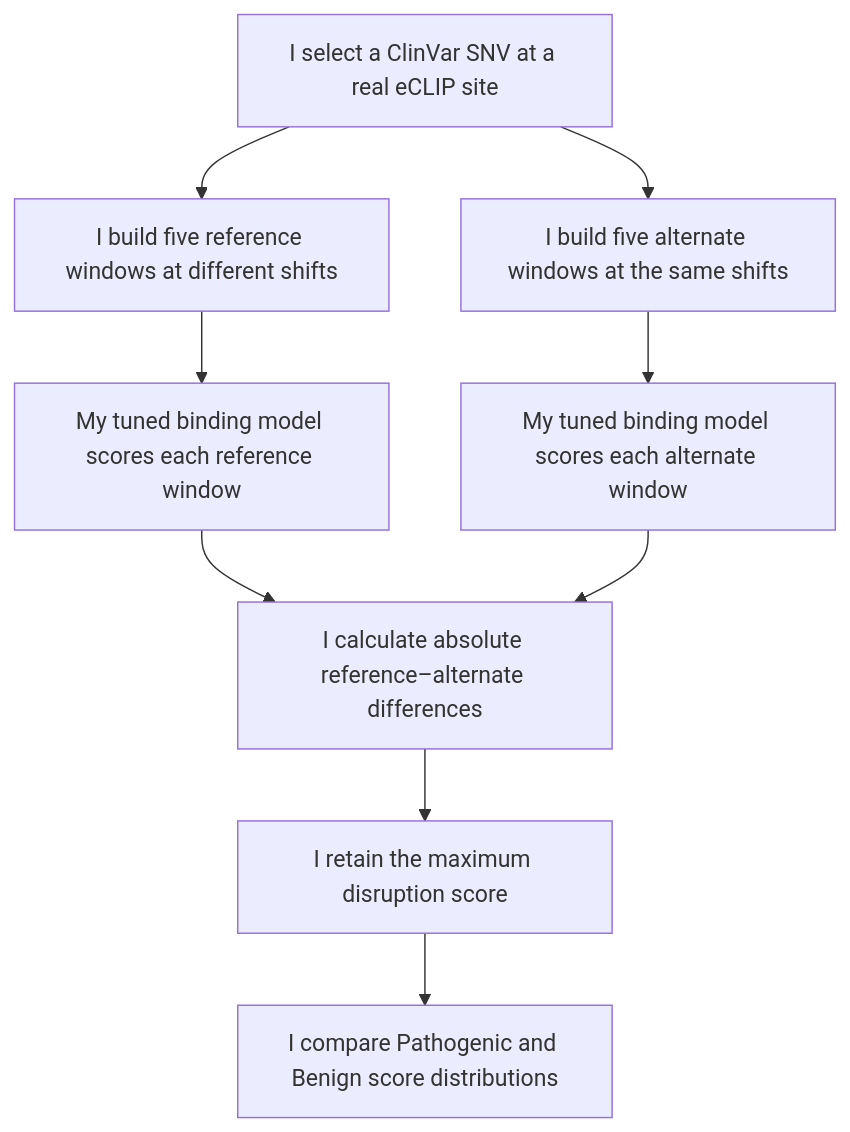
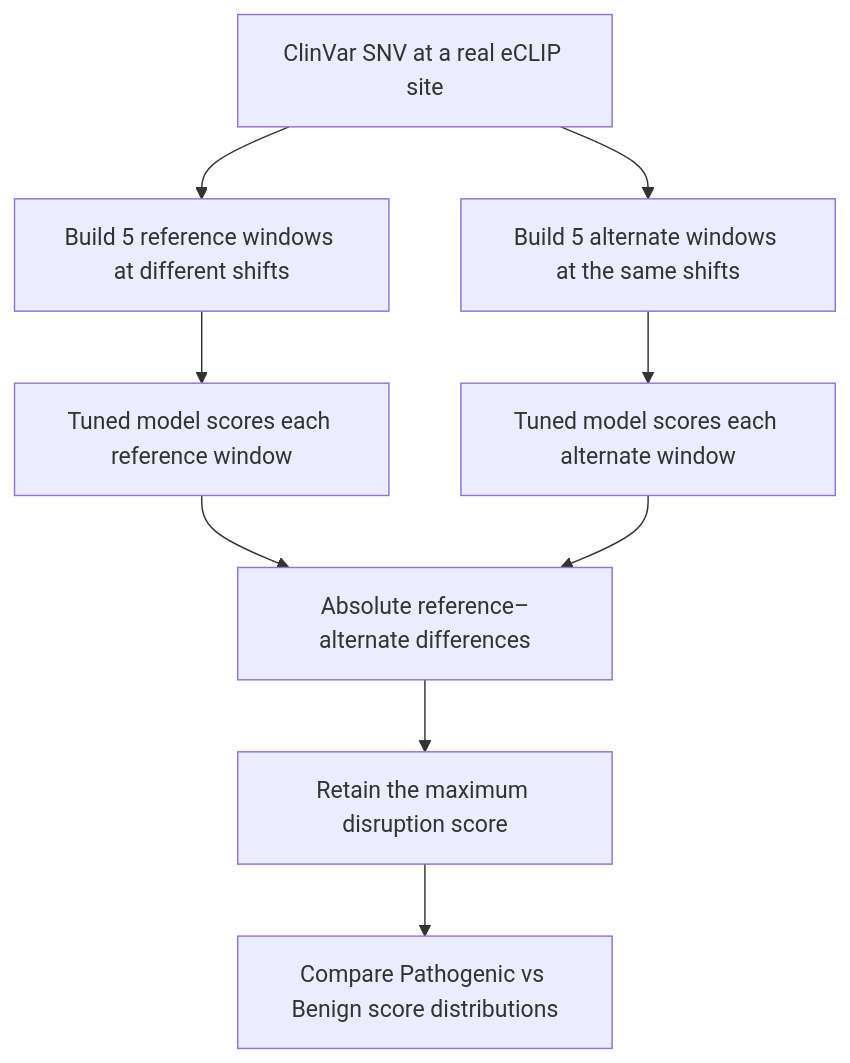
Diagram 12 of 25 in README.md (NirmalKumar31/rbp-binding), drawn with Mermaid before and after one commit. The commit also changed other lines of this file, not shown here.

Commit message:
docs: neutralize first-person voice inside mermaid diagram labels

````diff
--- a/README.md
+++ b/README.md
@@ -518,11 +518,11 @@
 ```mermaid
 flowchart TD
-    A["I select a ClinVar SNV at a real eCLIP site"] --> B["I build five reference windows at different shifts"]
-    A --> C["I build five alternate windows at the same shifts"]
-    B --> D["My tuned binding model scores each reference window"]
-    C --> E["My tuned binding model scores each alternate window"]
-    D --> F["I calculate absolute reference–alternate differences"]
+    A["ClinVar SNV at a real eCLIP site"] --> B["Build 5 reference windows at different shifts"]
+    A --> C["Build 5 alternate windows at the same shifts"]
+    B --> D["Tuned model scores each reference window"]
+    C --> E["Tuned model scores each alternate window"]
+    D --> F["Absolute reference–alternate differences"]
     E --> F
-    F --> G["I retain the maximum disruption score"]
-    G --> H["I compare Pathogenic and Benign score distributions"]
+    F --> G["Retain the maximum disruption score"]
+    G --> H["Compare Pathogenic vs Benign score distributions"]
 ```
````
